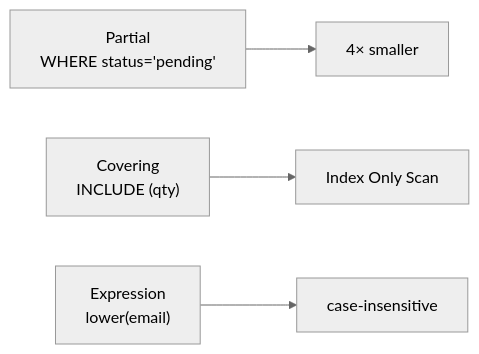
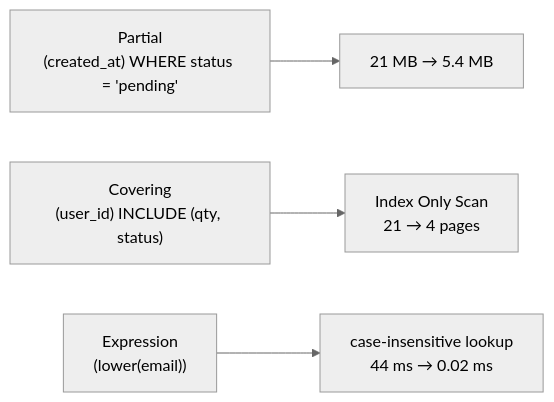
The first of 2 diagrams in Doc/05-indexes-performance/04-partial-covering.md (wesamkhateeb98-creator/postgresql-zero-to-hero), drawn with Mermaid (neutral theme) before and after one commit. The commit also changed other lines of this file and 29 other files, not shown here.

````diff
--- a/Doc/05-indexes-performance/04-partial-covering.md
+++ b/Doc/05-indexes-performance/04-partial-covering.md
@@ -5,6 +8,6 @@
 ```mermaid
 flowchart LR
-    P["Partial<br/>WHERE status='pending'"] --> S["4× smaller"]
-    C["Covering<br/>INCLUDE (qty)"] --> IO["Index Only Scan"]
-    E["Expression<br/>lower(email)"] --> CI["case-insensitive"]
+    P["Partial<br/>(created_at) WHERE status = 'pending'"] --> S["21 MB → 5.4 MB"]
+    C["Covering<br/>(user_id) INCLUDE (qty, status)"] --> IO["Index Only Scan<br/>21 → 4 pages"]
+    E["Expression<br/>(lower(email))"] --> CI["case-insensitive lookup<br/>44 ms → 0.02 ms"]
 ```
````
